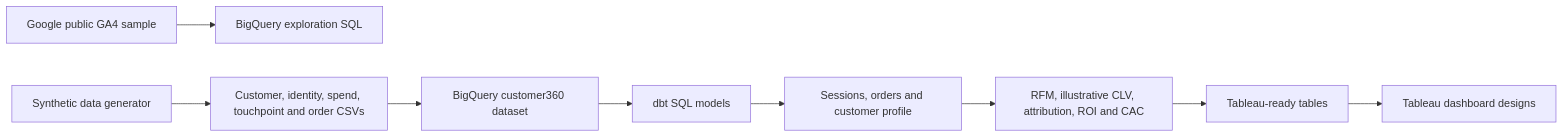
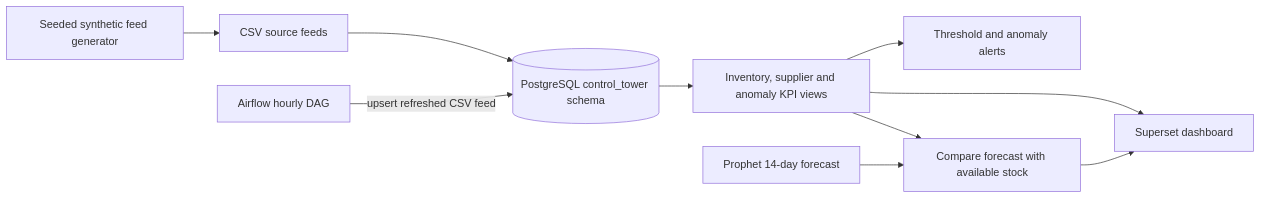
One commit to shrirametejas-pixel/Customer-360-analytics-project changed the diagram in README.md. Above: the diagram before and after it, drawn with Mermaid. The commit also changed other lines of this file and 5 other files, not shown here.

Commit message:
DA-03 Retail and Supply Chain Control Tower working model

````diff
--- a/README.md
+++ b/README.md
@@ -33,11 +20,12 @@
 ```mermaid
 flowchart LR
-  GA4[Google public GA4 sample] --> Explore[BigQuery exploration SQL]
-  Faker[Synthetic data generator] --> CSV[Customer, identity, spend, touchpoint and order CSVs]
-  CSV --> BQ[BigQuery customer360 dataset]
-  BQ --> DBT[dbt SQL models]
-  DBT --> SM[Sessions, orders and customer profile]
-  SM --> Metrics[RFM, illustrative CLV, attribution, ROI and CAC]
-  Metrics --> Tables[Tableau-ready tables]
-  Tables --> Dash[Tableau dashboard designs]
+  GEN[Seeded synthetic feed generator] --> CSV[CSV source feeds]
+  CSV --> PG[(PostgreSQL control_tower schema)]
+  DAG[Airflow hourly DAG] -->|upsert refreshed CSV feed| PG
+  PG --> KPI[Inventory, supplier and anomaly KPI views]
+  DEM[Prophet 14-day forecast] --> COMP[Compare forecast with available stock]
+  KPI --> COMP
+  KPI --> SB[Superset dashboard]
+  COMP --> SB
+  KPI --> ALERT[Threshold and anomaly alerts]
 ```
````
